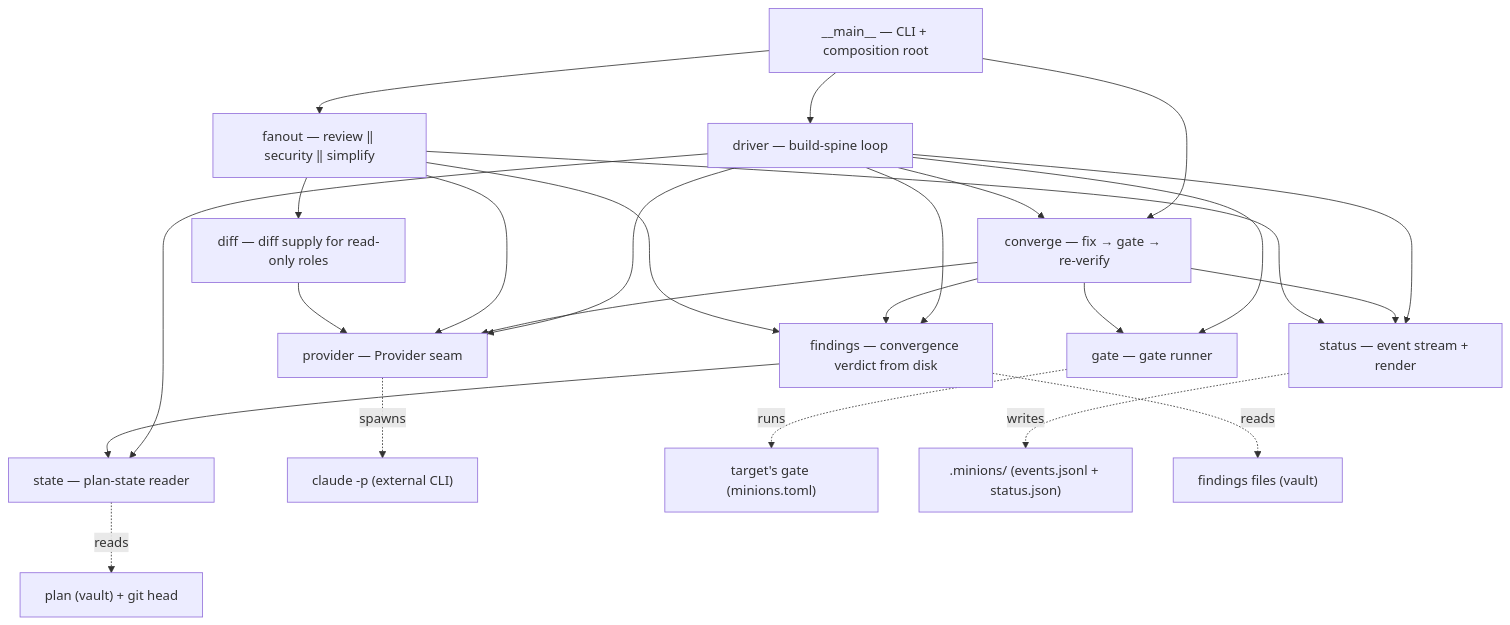
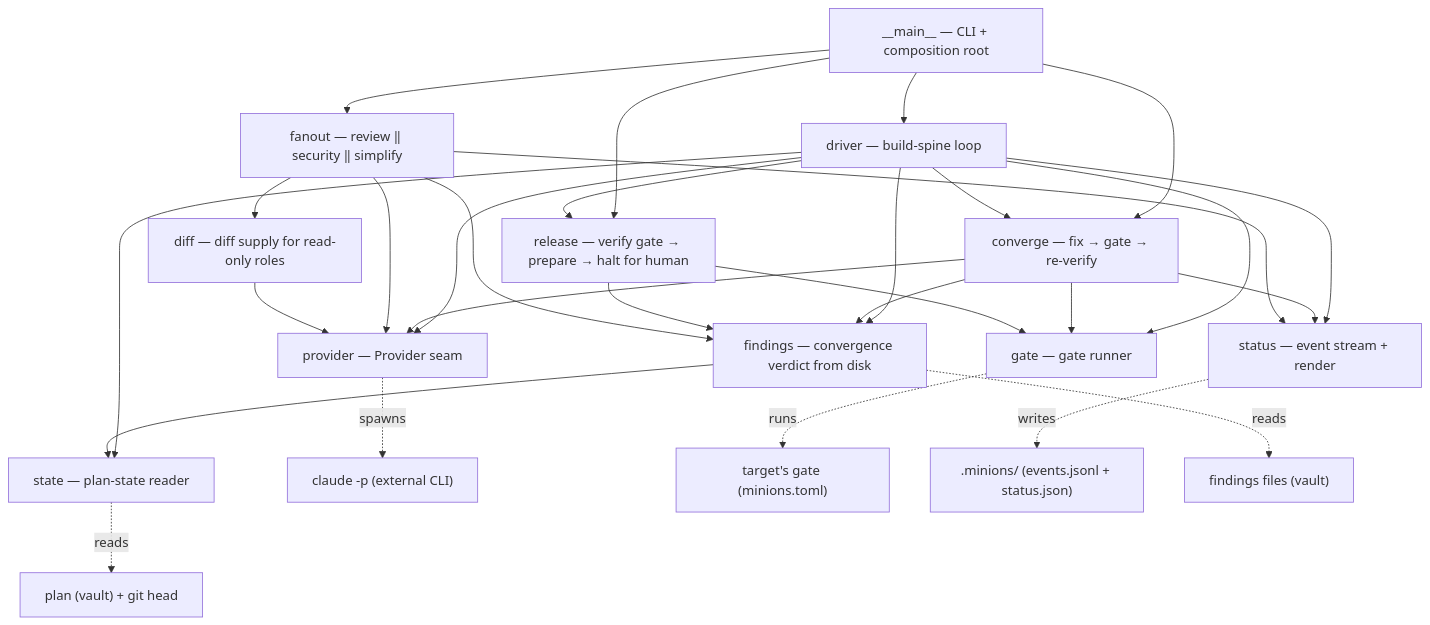
Before and after one commit to alxb1t/minionsfactory: the diagram in docs/architecture.md, drawn with Mermaid. The commit also changed other lines of this file and 13 other files, not shown here.

First line of the commit message:
feat: add release automation (verify gate → prepare → halt for human)

````diff
--- a/docs/architecture.md
+++ b/docs/architecture.md
@@ -38,39 +39,44 @@
 ```mermaid
 graph TD
     main["__main__ — CLI + composition root"]
     driver["driver — build-spine loop"]
     converge["converge — fix → gate → re-verify"]
+    release["release — verify gate → prepare → halt for human"]
     fanout["fanout — review ‖ security ‖ simplify"]
     diff["diff — diff supply for read-only roles"]
     findings["findings — convergence verdict from disk"]
     state["state — plan-state reader"]
     gate["gate — gate runner"]
     provider["provider — Provider seam"]
     status["status — event stream + render"]
 
     main --> driver
     main --> converge
     main --> fanout
+    main --> release
     driver --> converge
+    driver --> release
     driver --> gate
     driver --> provider
     driver --> state
     driver --> status
     driver --> findings
     converge --> provider
     converge --> gate
     converge --> findings
     converge --> status
+    release --> gate
+    release --> findings
     fanout --> diff
     fanout --> findings
     fanout --> provider
     fanout --> status
     diff --> provider
     findings --> state
 
     provider -. spawns .-> claude["claude -p (external CLI)"]
     gate -. runs .-> targetgate["target's gate (minions.toml)"]
     state -. reads .-> disk["plan (vault) + git head"]
     status -. writes .-> minions[".minions/ (events.jsonl + status.json)"]
     findings -. reads .-> ff["findings files (vault)"]
 ```
````
